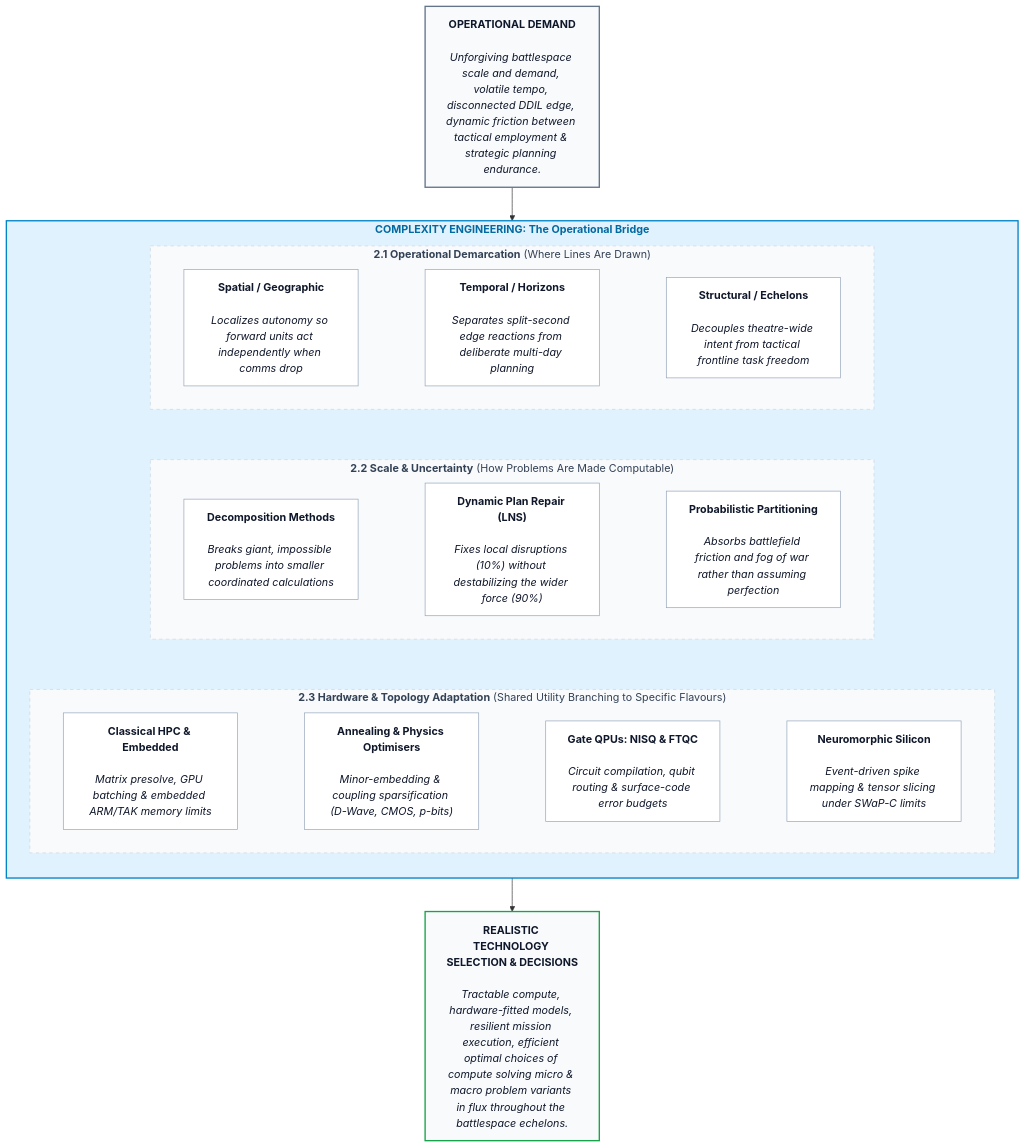
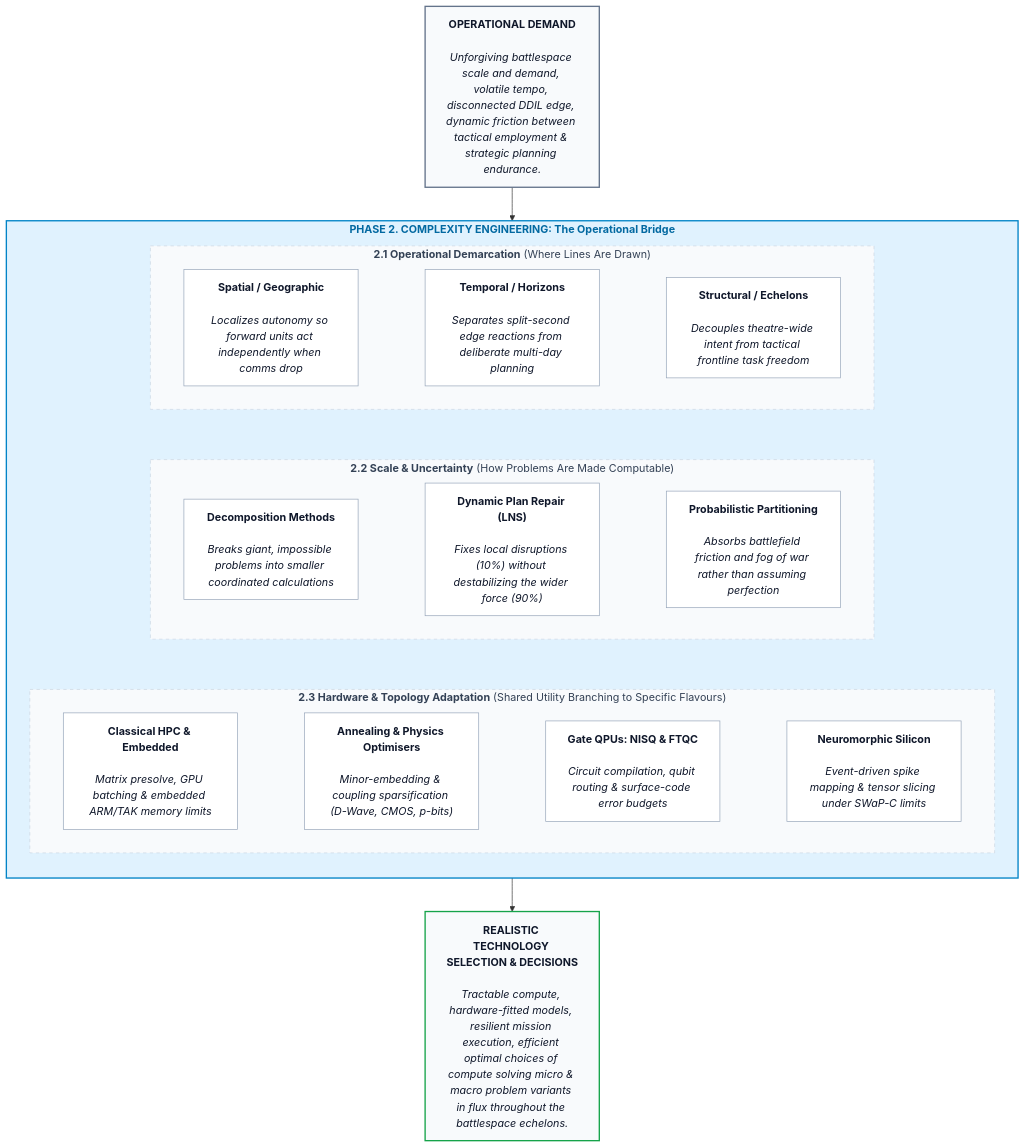
The fifth of 6 diagrams in quantum/The_Emergent_Algorithmic_Bridge.md (baddogdown/knowledge), drawn with Mermaid before and after one commit. The commit also changed other lines of this file, not shown here.

Commit message:
Updates to 3 phase algo bridge

````diff
--- a/quantum/The_Emergent_Algorithmic_Bridge.md
+++ b/quantum/The_Emergent_Algorithmic_Bridge.md
@@ -747,66 +751,66 @@
 ```mermaid
 flowchart TB
 
     DEMAND["<b>OPERATIONAL DEMAND</b><br/><br/><i>Unforgiving battlespace scale and demand, volatile tempo, disconnected DDIL edge, dynamic friction between tactical employment & strategic planning endurance.</i>"]
     
     OUTCOME["<b>REALISTIC TECHNOLOGY SELECTION & DECISIONS</b><br/><br/><i>Tractable compute, hardware-fitted models, resilient mission execution, efficient optimal choices of compute solving micro & macro problem variants in flux throughout the battlespace echelons.</i>"]
 
-    subgraph BRIDGE ["<b>COMPLEXITY ENGINEERING: The Operational Bridge</b>"]
+    subgraph BRIDGE ["<b>PHASE 2. COMPLEXITY ENGINEERING: The Operational Bridge</b>"]
         direction TB
 
         %% Row 1: Section 2.1 Bullets
         subgraph SEC21 ["<b>2.1 Operational Demarcation</b> (Where Lines Are Drawn)"]
             direction LR
             B1["<b>Spatial / Geographic</b><br/><br/><i>Localizes autonomy so forward units act independently when comms drop</i>"]
             B2["<b>Temporal / Horizons</b><br/><br/><i>Separates split-second edge reactions from deliberate multi-day planning</i>"]
             B3["<b>Structural / Echelons</b><br/><br/><i>Decouples theatre-wide intent from tactical frontline task freedom</i>"]
             B1 ~~~ B2 ~~~ B3
         end
 
         %% Row 2: Section 2.2 Bullets
         subgraph SEC22 ["<b>2.2 Scale & Uncertainty</b> (How Problems Are Made Computable)"]
             direction LR
             M1["<b>Decomposition Methods</b><br/><br/><i>Breaks giant, impossible problems into smaller coordinated calculations</i>"]
             M2["<b>Dynamic Plan Repair (LNS)</b><br/><br/><i>Fixes local disruptions (10%) without destabilizing the wider force (90%)</i>"]
             M3["<b>Probabilistic Partitioning</b><br/><br/><i>Absorbs battlefield friction and fog of war rather than assuming perfection</i>"]
             M1 ~~~ M2 ~~~ M3
         end
 
         %% Row 3: Section 2.3 Bullets
         subgraph SEC23 ["<b>2.3 Hardware & Topology Adaptation</b> (Shared Utility Branching to Specific Flavours)"]
             direction LR
             H0["<b>Classical HPC & Embedded</b><br/><br/><i>Matrix presolve, GPU batching & embedded ARM/TAK memory limits</i>"]
             H1["<b>Annealing & Physics Optimisers</b><br/><br/><i>Minor-embedding & coupling sparsification (D-Wave, CMOS, p-bits)</i>"]
             H2["<b>Gate QPUs: NISQ & FTQC</b><br/><br/><i>Circuit compilation, qubit routing & surface-code error budgets</i>"]
             H3["<b>Neuromorphic Silicon</b><br/><br/><i>Event-driven spike mapping & tensor slicing under SWaP-C limits</i>"]
             H0 ~~~ H1 ~~~ H2 ~~~ H3
         end
 
         SEC21 ~~~ SEC22 ~~~ SEC23
     end
 
     DEMAND --> BRIDGE
     BRIDGE --> OUTCOME
 
     %% Styling
     style DEMAND fill:#f8fafc,stroke:#64748b,stroke-width:2px,color:#0f172a
     style OUTCOME fill:#f8fafc,stroke:#16a34a,stroke-width:2px,color:#0f172a
 
     style BRIDGE fill:#e0f2fe,stroke:#0284c7,stroke-width:2px,color:#0369a1
     style SEC21 fill:#f8fafc,stroke:#cbd5e1,stroke-width:1px,stroke-dasharray: 5 5,color:#334155
     style SEC22 fill:#f8fafc,stroke:#cbd5e1,stroke-width:1px,stroke-dasharray: 5 5,color:#334155
     style SEC23 fill:#f8fafc,stroke:#cbd5e1,stroke-width:1px,stroke-dasharray: 5 5,color:#334155
 
     style B1 fill:#ffffff,stroke:#94a3b8,stroke-width:1px,color:#0f172a
     style B2 fill:#ffffff,stroke:#94a3b8,stroke-width:1px,color:#0f172a
     style B3 fill:#ffffff,stroke:#94a3b8,stroke-width:1px,color:#0f172a
 
     style M1 fill:#ffffff,stroke:#94a3b8,stroke-width:1px,color:#0f172a
     style M2 fill:#ffffff,stroke:#94a3b8,stroke-width:1px,color:#0f172a
     style M3 fill:#ffffff,stroke:#94a3b8,stroke-width:1px,color:#0f172a
 
     style H0 fill:#ffffff,stroke:#94a3b8,stroke-width:1px,color:#0f172a
     style H1 fill:#ffffff,stroke:#94a3b8,stroke-width:1px,color:#0f172a
     style H2 fill:#ffffff,stroke:#94a3b8,stroke-width:1px,color:#0f172a
     style H3 fill:#ffffff,stroke:#94a3b8,stroke-width:1px,color:#0f172a
 ```
````
